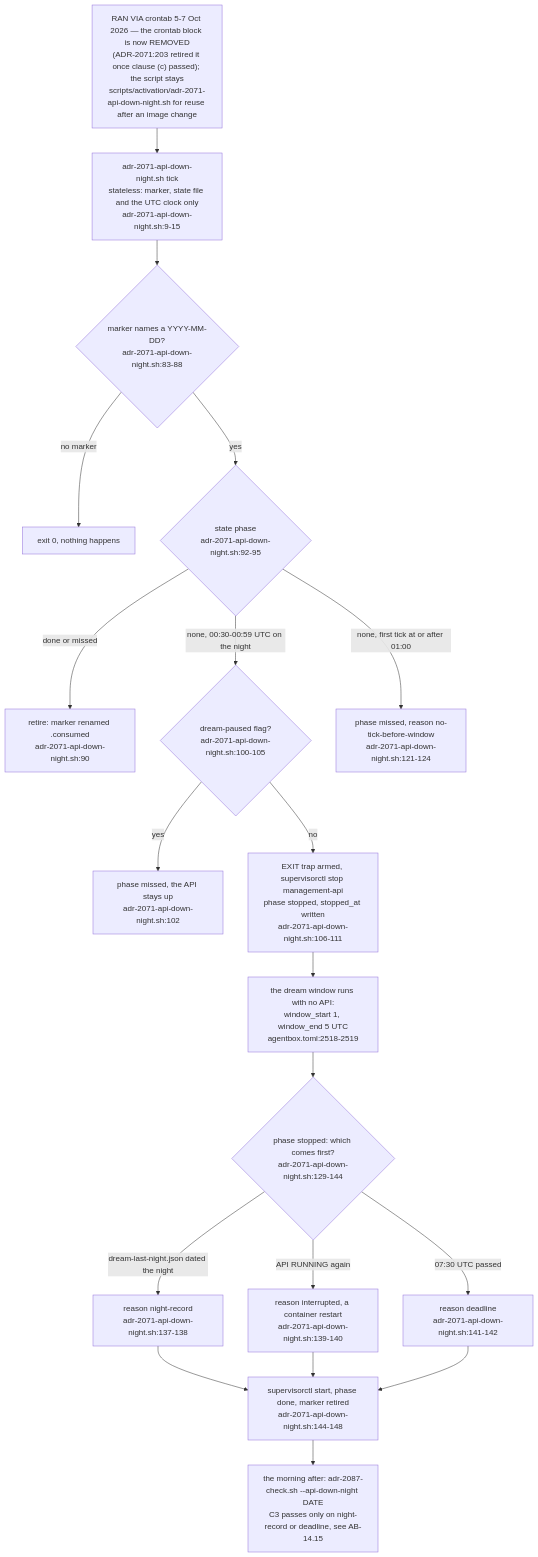
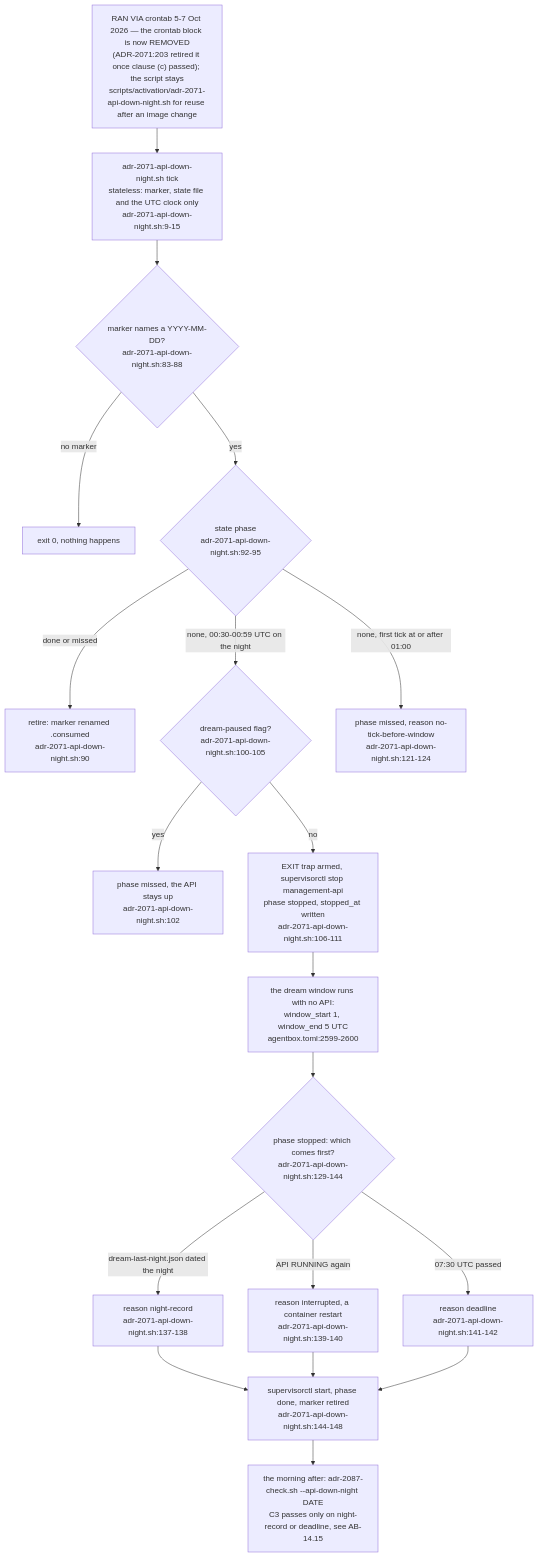
Diagram 19 of 22 in docs/diagrams/agentbox/23-dream-engine.md (DreamLab-AI/VisionFlow), drawn with Mermaid before and after one commit. The commit also changed other lines of this file and 160 other files, not shown here.

````diff
--- a/docs/diagrams/agentbox/23-dream-engine.md
+++ b/docs/diagrams/agentbox/23-dream-engine.md
@@ -954,22 +975,22 @@
 ```mermaid
 flowchart TB
     CRON["RAN VIA crontab 5-7 Oct 2026 — the crontab block is now REMOVED<br/>#40;ADR-2071:203 retired it once clause #40;c#41; passed#41;; the script stays<br/>scripts/activation/adr-2071-api-down-night.sh for reuse after an image change"]
     CRON --> TICK["adr-2071-api-down-night.sh tick<br/>stateless: marker, state file and the UTC clock only<br/>adr-2071-api-down-night.sh:9-15"]
     TICK --> MK{"marker names a YYYY-MM-DD?<br/>adr-2071-api-down-night.sh:83-88"}
     MK -->|"no marker"| NOOP["exit 0, nothing happens"]
     MK -->|"yes"| PH{"state phase<br/>adr-2071-api-down-night.sh:92-95"}
     PH -->|"done or missed"| RET["retire: marker renamed .consumed<br/>adr-2071-api-down-night.sh:90"]
     PH -->|"none, 00:30-00:59 UTC on the night"| PAUSE{"dream-paused flag?<br/>adr-2071-api-down-night.sh:100-105"}
     PAUSE -->|"yes"| MISS["phase missed, the API stays up<br/>adr-2071-api-down-night.sh:102"]
     PAUSE -->|"no"| STOP["EXIT trap armed, supervisorctl stop management-api<br/>phase stopped, stopped_at written<br/>adr-2071-api-down-night.sh:106-111"]
     PH -->|"none, first tick at or after 01:00"| MISS2["phase missed, reason no-tick-before-window<br/>adr-2071-api-down-night.sh:121-124"]
-    STOP --> NIGHT["the dream window runs with no API:<br/>window_start 1, window_end 5 UTC<br/>agentbox.toml:2518-2519"]
+    STOP --> NIGHT["the dream window runs with no API:<br/>window_start 1, window_end 5 UTC<br/>agentbox.toml:2599-2600"]
     NIGHT --> RS{"phase stopped: which comes first?<br/>adr-2071-api-down-night.sh:129-144"}
     RS -->|"dream-last-night.json dated the night"| R1["reason night-record<br/>adr-2071-api-down-night.sh:137-138"]
     RS -->|"API RUNNING again"| R2["reason interrupted, a container restart<br/>adr-2071-api-down-night.sh:139-140"]
     RS -->|"07:30 UTC passed"| R3["reason deadline<br/>adr-2071-api-down-night.sh:141-142"]
     R1 --> START["supervisorctl start, phase done, marker retired<br/>adr-2071-api-down-night.sh:144-148"]
     R2 --> START
     R3 --> START
     START --> CHK["the morning after: adr-2087-check.sh --api-down-night DATE<br/>C3 passes only on night-record or deadline, see AB-14.15"]
 ```
````
